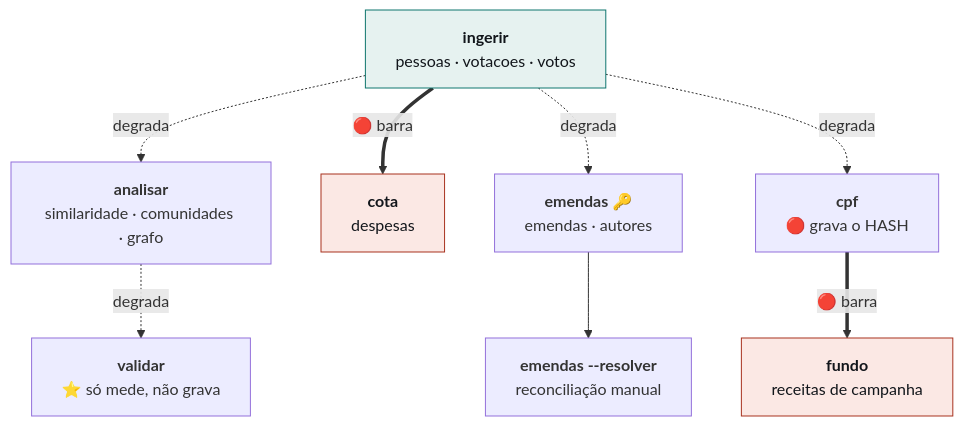
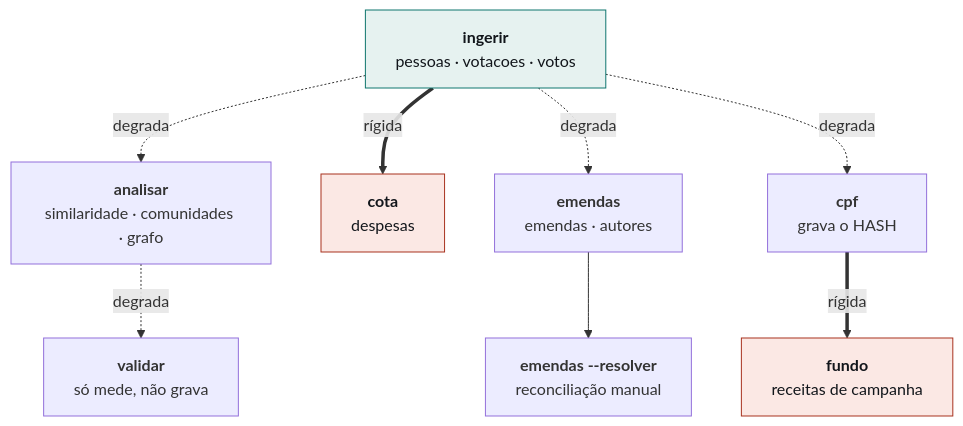
One commit to IgorLucasAssuncao/poligraph changed the first of 6 diagrams in README.md. Above: the diagram before and after it, drawn with Mermaid. The commit also changed other lines of this file and 1 other file, not shown here.

````diff
--- a/README.md
+++ b/README.md
@@ -156,27 +148,27 @@
 ```mermaid
 flowchart TD
     ING["<b>ingerir</b><br/>pessoas · votacoes · votos"]
 
     ANA["<b>analisar</b><br/>similaridade · comunidades · grafo"]
-    VAL["<b>validar</b><br/>⭐ só mede, não grava"]
+    VAL["<b>validar</b><br/>só mede, não grava"]
 
     COTA["<b>cota</b><br/>despesas"]
-    EMD["<b>emendas</b> 🔑<br/>emendas · autores"]
+    EMD["<b>emendas</b> <br/>emendas · autores"]
     RES["<b>emendas --resolver</b><br/>reconciliação manual"]
 
-    CPF["<b>cpf</b><br/>🔴 grava o HASH"]
+    CPF["<b>cpf</b><br/>grava o HASH"]
     FUN["<b>fundo</b><br/>receitas de campanha"]
 
-    ING ==>|"🔴 barra"| COTA
+    ING ==>|"rígida"| COTA
     ING -.->|"degrada"| ANA
     ING -.->|"degrada"| EMD
     ING -.->|"degrada"| CPF
     ANA -.->|"degrada"| VAL
-    CPF ==>|"🔴 barra"| FUN
+    CPF ==>|"rígida"| FUN
     EMD --> RES
 
     classDef dura fill:#fbe8e4,stroke:#a8321f,color:#12161b
     classDef base fill:#e6f2f0,stroke:#0f766e,color:#12161b
     class COTA,FUN dura
     class ING base
 ```
````
